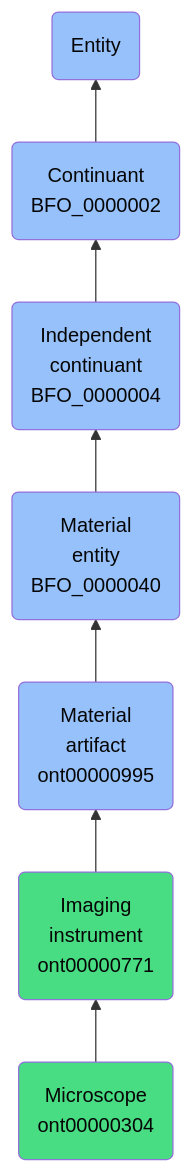
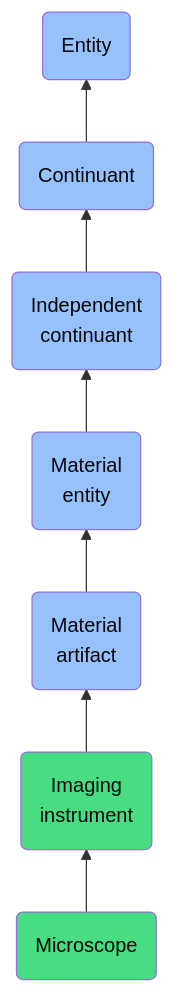
The diagram in docs/ontology/reference/model/Entity/Continuant/Independent continuant/Material entity/Material artifact/Imaging instrument/Microscope/Microscope.md (jupyter-naas/abi), drawn with Mermaid before and after one commit. The commit also changed other lines of this file and 1430 other files, not shown here.

````diff
--- a/docs/ontology/reference/model/Entity/Continuant/Independent continuant/Material entity/Material artifact/Imaging instrument/Microscope/Microscope.md
+++ b/docs/ontology/reference/model/Entity/Continuant/Independent continuant/Material entity/Material artifact/Imaging instrument/Microscope/Microscope.md
@@ -24,14 +24,14 @@
 ```mermaid
 graph BT
-    ont00000304(Microscope<br>ont00000304):::ABI-->ont00000771
-    ont00000771(Imaging<br>instrument<br>ont00000771):::ABI-->ont00000995
-    ont00000995(Material<br>artifact<br>ont00000995):::BFO-->BFO_0000040
-    BFO_0000040(Material<br>entity<br>BFO_0000040):::BFO-->BFO_0000004
-    BFO_0000004(Independent<br>continuant<br>BFO_0000004):::BFO-->BFO_0000002
-    BFO_0000002(Continuant<br>BFO_0000002):::BFO-->BFO_0000001
+    ont00000304(Microscope):::ABI-->ont00000771
+    ont00000771(Imaging<br>instrument):::ABI-->ont00000995
+    ont00000995(Material<br>artifact):::BFO-->BFO_0000040
+    BFO_0000040(Material<br>entity):::BFO-->BFO_0000004
+    BFO_0000004(Independent<br>continuant):::BFO-->BFO_0000002
+    BFO_0000002(Continuant):::BFO-->BFO_0000001
     BFO_0000001(Entity):::BFO
     
     classDef BFO fill:#97c1fb,color:#060606
     classDef CCO fill:#e4c51e,color:#060606
     classDef ABI fill:#48DD82,color:#060606
 ```
````
